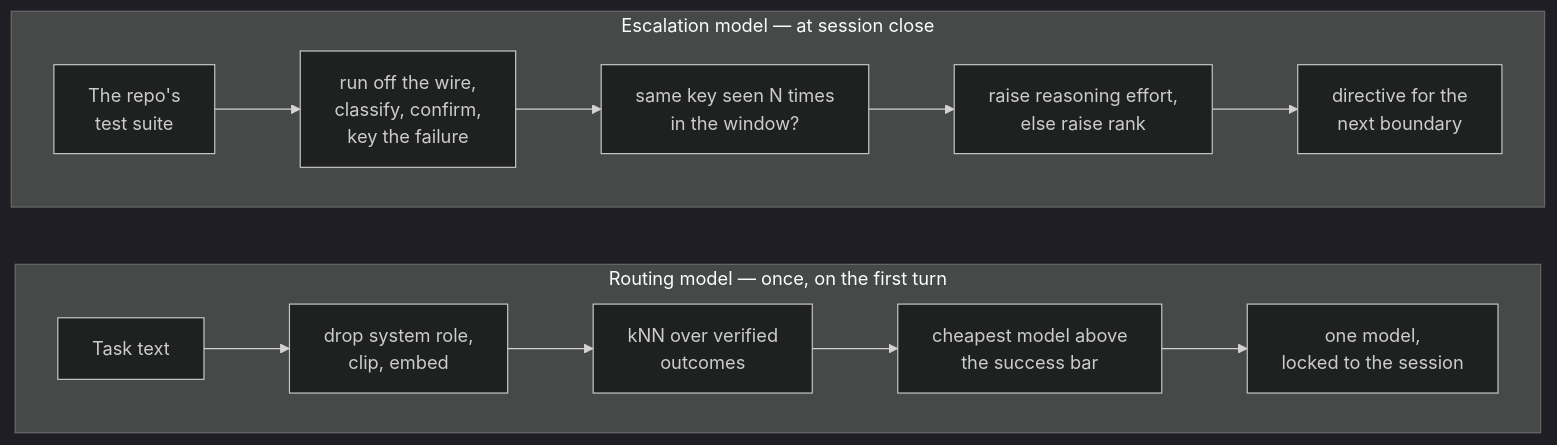
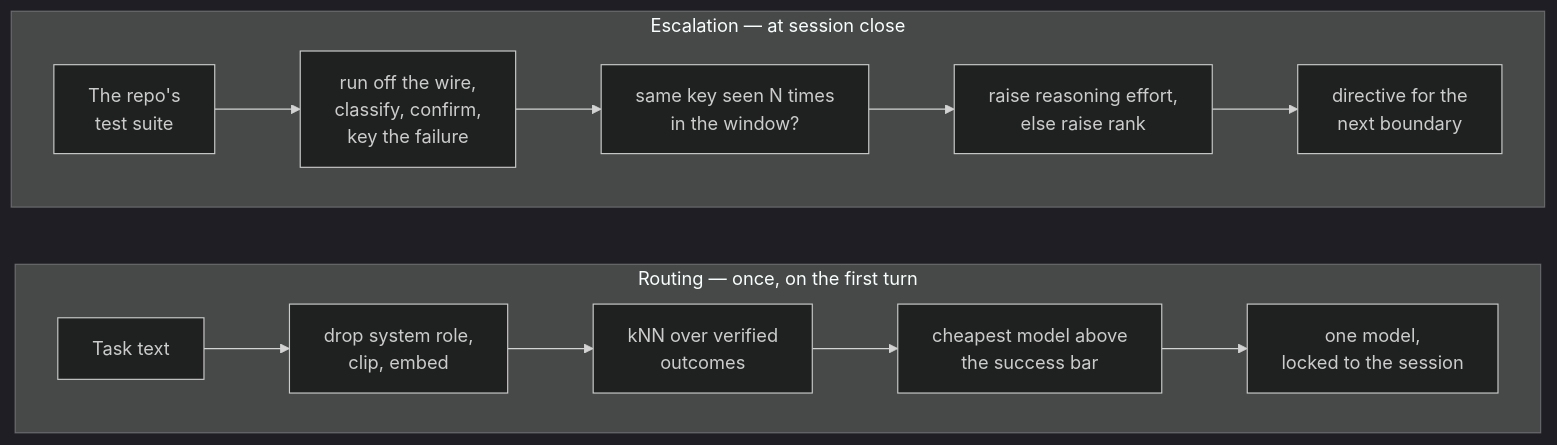
One commit to KookaS/shunt changed the diagram in README.md. Above: the diagram before and after it, drawn with Mermaid (dark theme). The commit also changed other lines of this file and 103 other files, not shown here.

Commit message:
feat(benchmark): judge-difficulty kNN + predict-then-cascade routing, probes, headline figure

````diff
--- a/README.md
+++ b/README.md
@@ -192,11 +172,11 @@
 ```mermaid
 flowchart LR
-  subgraph R["Routing model — once, on the first turn"]
+  subgraph R["Routing — once, on the first turn"]
     direction LR
     R1["Task text"] --> R2["drop system role,<br/>clip, embed"] --> R3["kNN over verified<br/>outcomes"] --> R4["cheapest model above<br/>the success bar"] --> R5["one model,<br/>locked to the session"]
   end
-  subgraph E["Escalation model — at session close"]
+  subgraph E["Escalation — at session close"]
     direction LR
     E1["The repo's<br/>test suite"] --> E2["run off the wire,<br/>classify, confirm,<br/>key the failure"] --> E3["same key seen N times<br/>in the window?"] --> E4["raise reasoning effort,<br/>else raise rank"] --> E5["directive for the<br/>next boundary"]
   end
 ```
````
